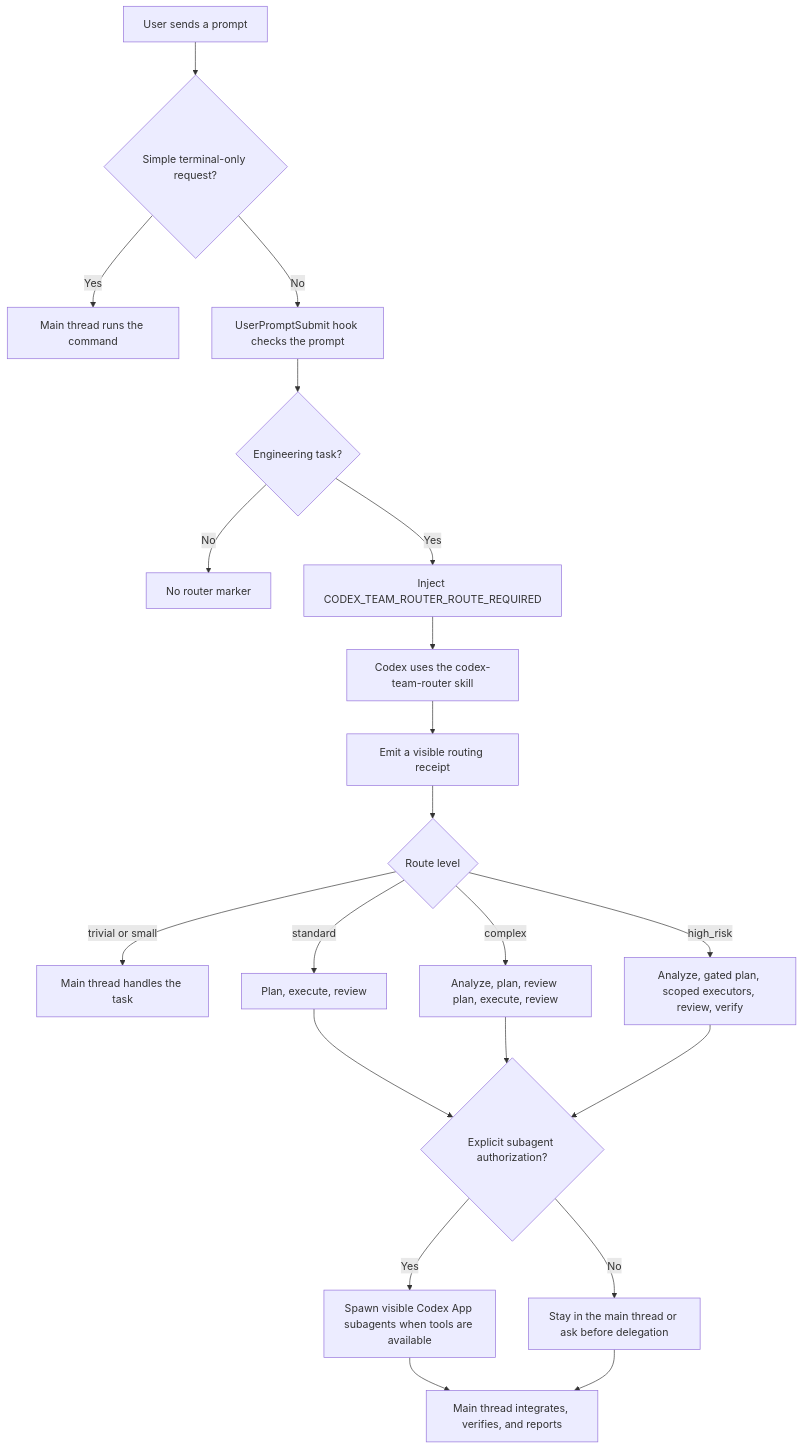
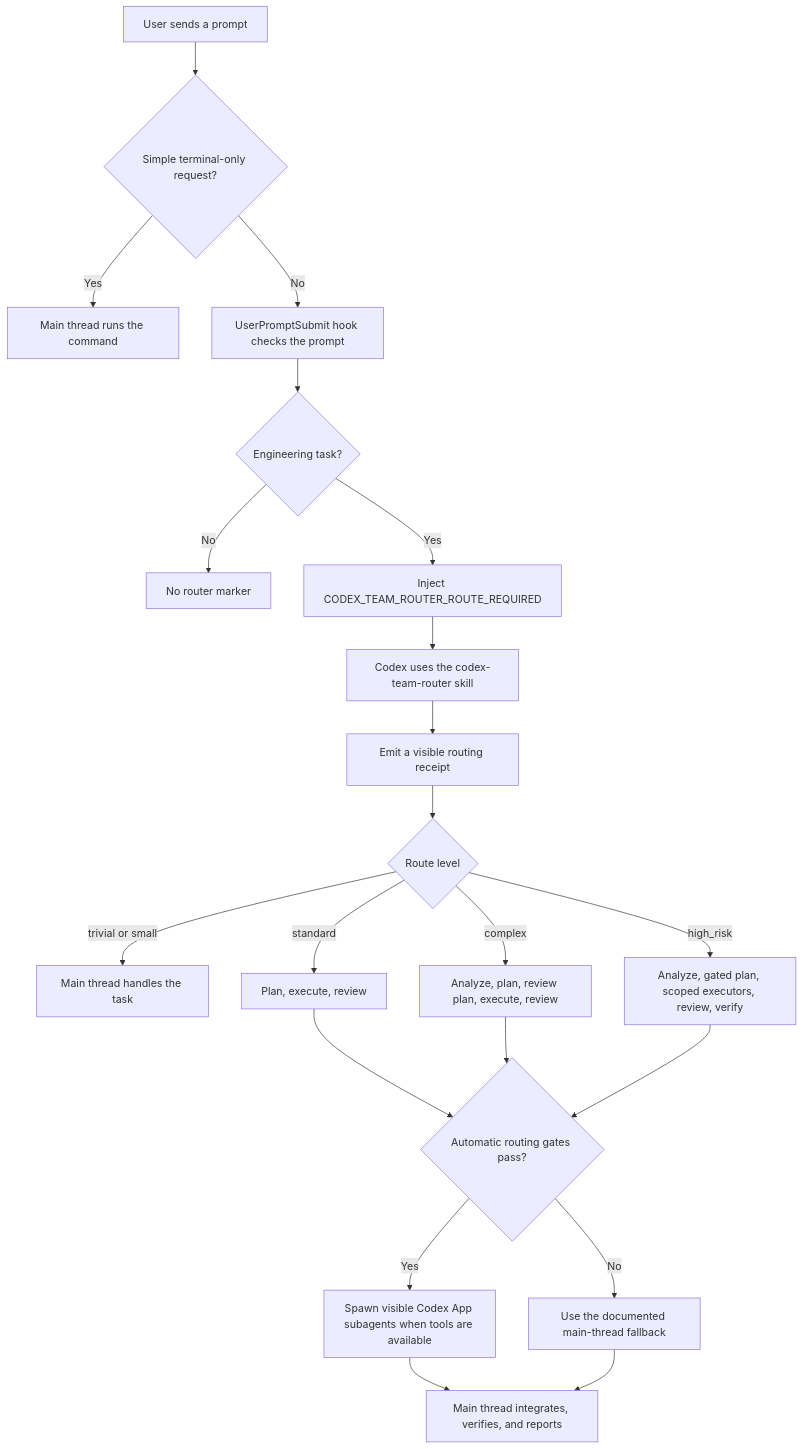
One commit to inorilzy/codex-team-router changed the diagram in README.md. Above: the diagram before and after it, drawn with Mermaid. The commit also changed other lines of this file and 7 other files, not shown here.

Commit message:
Align automatic subagent routing docs

````diff
--- a/README.md
+++ b/README.md
@@ -34,23 +34,23 @@
 ```mermaid
 flowchart TD
   A["User sends a prompt"] --> B{"Simple terminal-only request?"}
   B -- "Yes" --> C["Main thread runs the command"]
   B -- "No" --> D["UserPromptSubmit hook checks the prompt"]
   D --> E{"Engineering task?"}
   E -- "No" --> F["No router marker"]
   E -- "Yes" --> G["Inject CODEX_TEAM_ROUTER_ROUTE_REQUIRED"]
   G --> H["Codex uses the codex-team-router skill"]
   H --> I["Emit a visible routing receipt"]
   I --> J{"Route level"}
   J -- "trivial or small" --> K["Main thread handles the task"]
   J -- "standard" --> L["Plan, execute, review"]
   J -- "complex" --> M["Analyze, plan, review plan, execute, review"]
   J -- "high_risk" --> N["Analyze, gated plan, scoped executors, review, verify"]
-  L --> O{"Explicit subagent authorization?"}
+  L --> O{"Automatic routing gates pass?"}
   M --> O
   N --> O
   O -- "Yes" --> P["Spawn visible Codex App subagents when tools are available"]
-  O -- "No" --> Q["Stay in the main thread or ask before delegation"]
+  O -- "No" --> Q["Use the documented main-thread fallback"]
   P --> R["Main thread integrates, verifies, and reports"]
   Q --> R
 ```
````
